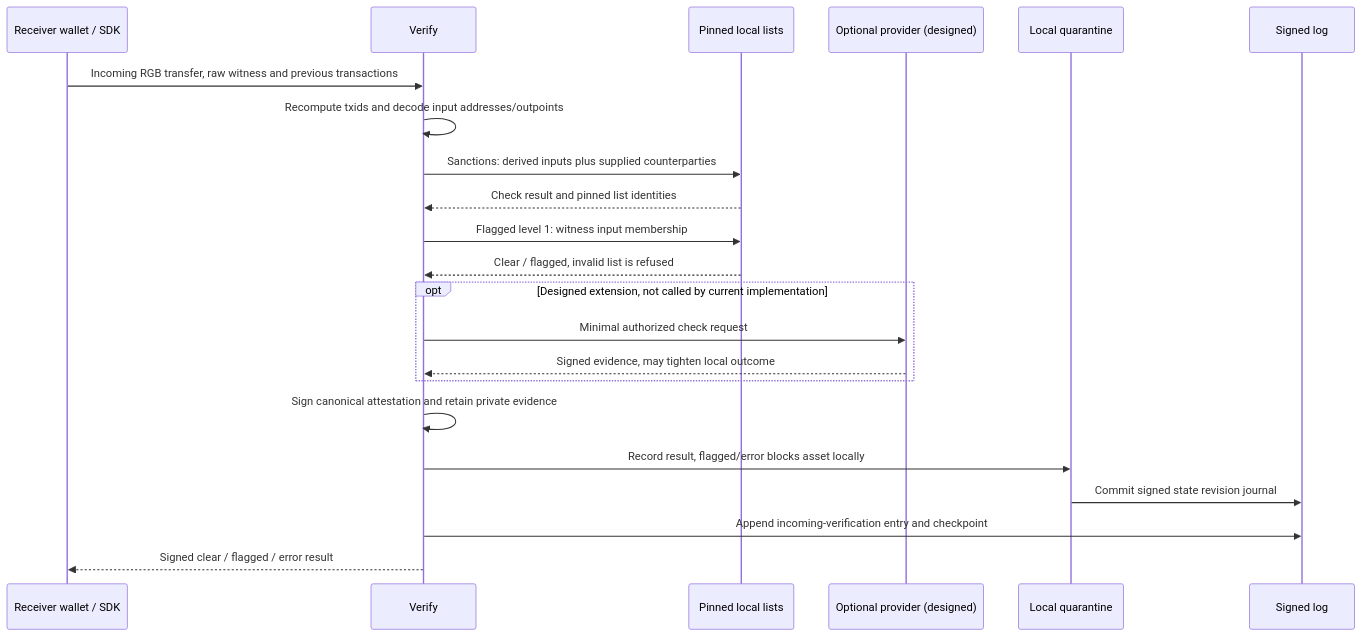
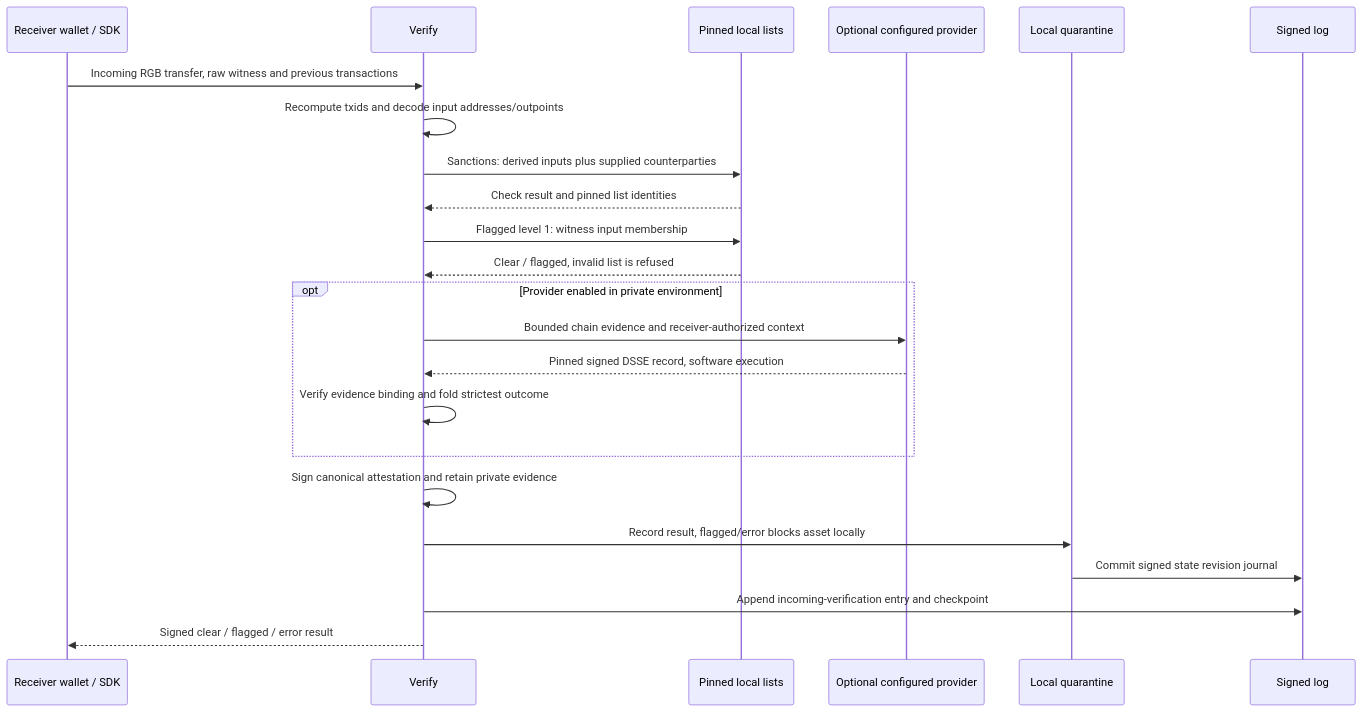
The second of 3 diagrams in README.md (AmirMFarhang/Sealwatch), drawn with Mermaid before and after one commit. The commit also changed other lines of this file and 1 other file, not shown here.

Commit message:
Document built software provider rescreen and private audit pack workflow

````diff
--- a/README.md
+++ b/README.md
@@ -88,24 +92,25 @@
 ```mermaid
 sequenceDiagram
     participant W as Receiver wallet / SDK
     participant V as Verify
     participant F as Pinned local lists
-    participant P as Optional provider (designed)
+    participant P as Optional configured provider
     participant Q as Local quarantine
     participant L as Signed log
     W->>V: Incoming RGB transfer, raw witness and previous transactions
     V->>V: Recompute txids and decode input addresses/outpoints
     V->>F: Sanctions: derived inputs plus supplied counterparties
     F-->>V: Check result and pinned list identities
     V->>F: Flagged level 1: witness input membership
     F-->>V: Clear / flagged, invalid list is refused
-    opt Designed extension, not called by current implementation
-      V->>P: Minimal authorized check request
-      P-->>V: Signed evidence, may tighten local outcome
+    opt Provider enabled in private environment
+      V->>P: Bounded chain evidence and receiver-authorized context
+      P-->>V: Pinned signed DSSE record, software execution
+      V->>V: Verify evidence binding and fold strictest outcome
     end
     V->>V: Sign canonical attestation and retain private evidence
     V->>Q: Record result, flagged/error blocks asset locally
     Q->>L: Commit signed state revision journal
     V->>L: Append incoming-verification entry and checkpoint
     V-->>W: Signed clear / flagged / error result
 ```
````
